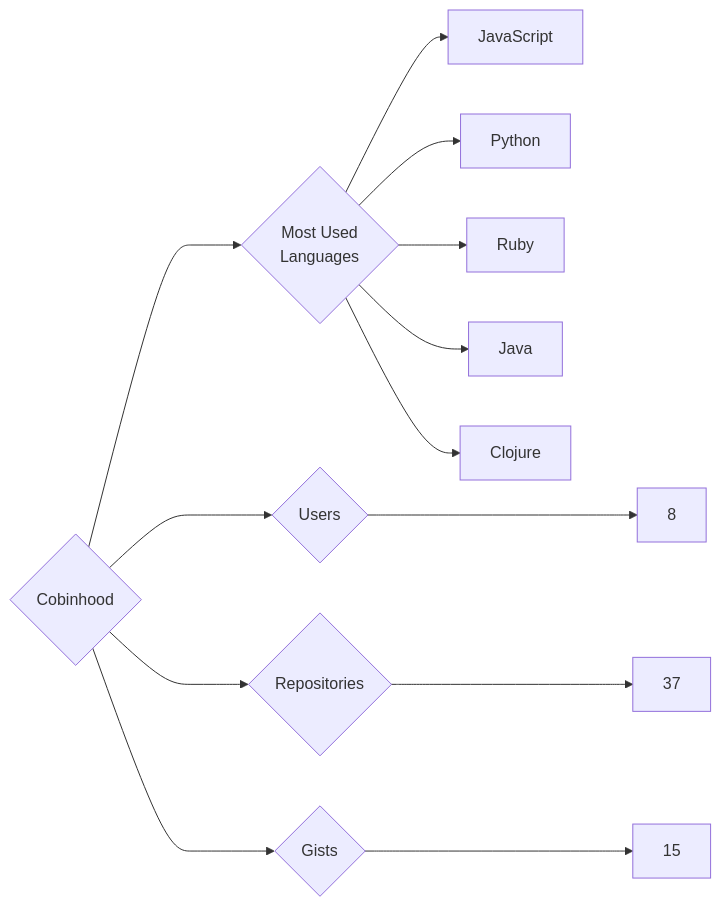
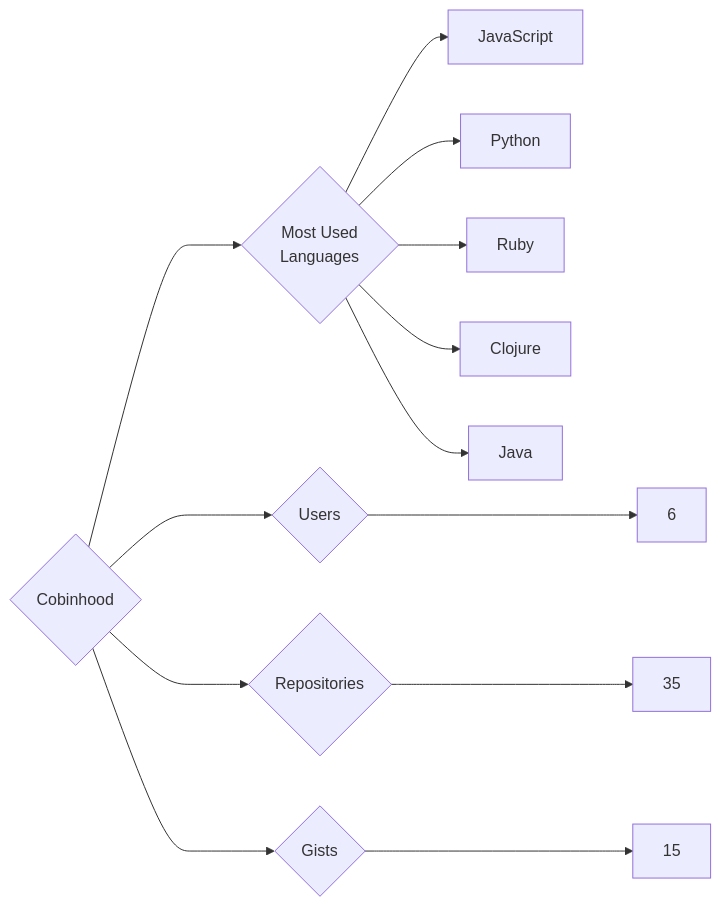
Before and after one commit to trickest/insiders: the diagram in targets/Cobinhood/README.md, drawn with Mermaid. The commit also changed 1167 other files, not shown here.

````diff
--- a/targets/Cobinhood/README.md
+++ b/targets/Cobinhood/README.md
@@ -3,13 +3,13 @@
 ```mermaid
 graph LR
 COMPANY_NAME{Cobinhood}
-COMPANY_NAME ---> U{Users} ---> UN[8]
-COMPANY_NAME ---> R{Repositories} ---> RN[37]
+COMPANY_NAME ---> U{Users} ---> UN[6]
+COMPANY_NAME ---> R{Repositories} ---> RN[35]
 COMPANY_NAME ---> G{Gists} ---> GN[15]
 COMPANY_NAME ---> ML{Most Used<br>Languages}
 ML --> JavaScript[JavaScript]
 ML --> Python[Python]
 ML --> Ruby[Ruby]
+ML --> Clojure[Clojure]
 ML --> Java[Java]
-ML --> Clojure[Clojure]
 ```
````
